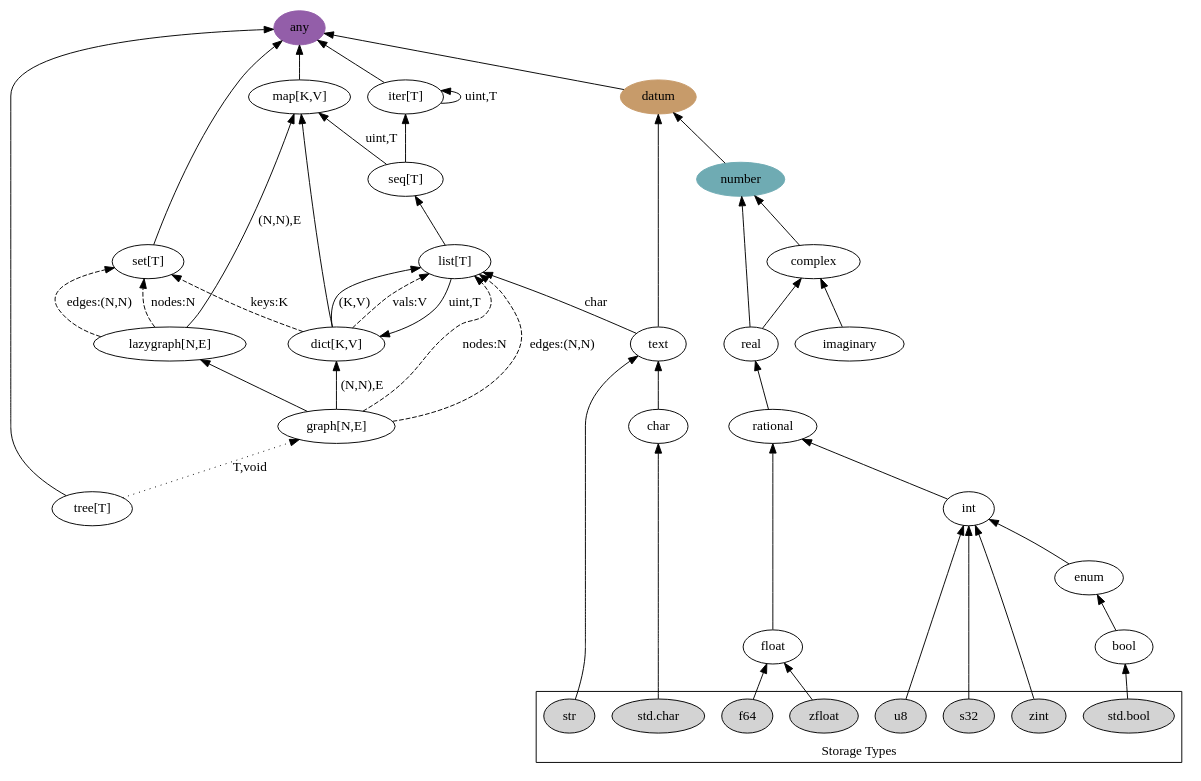
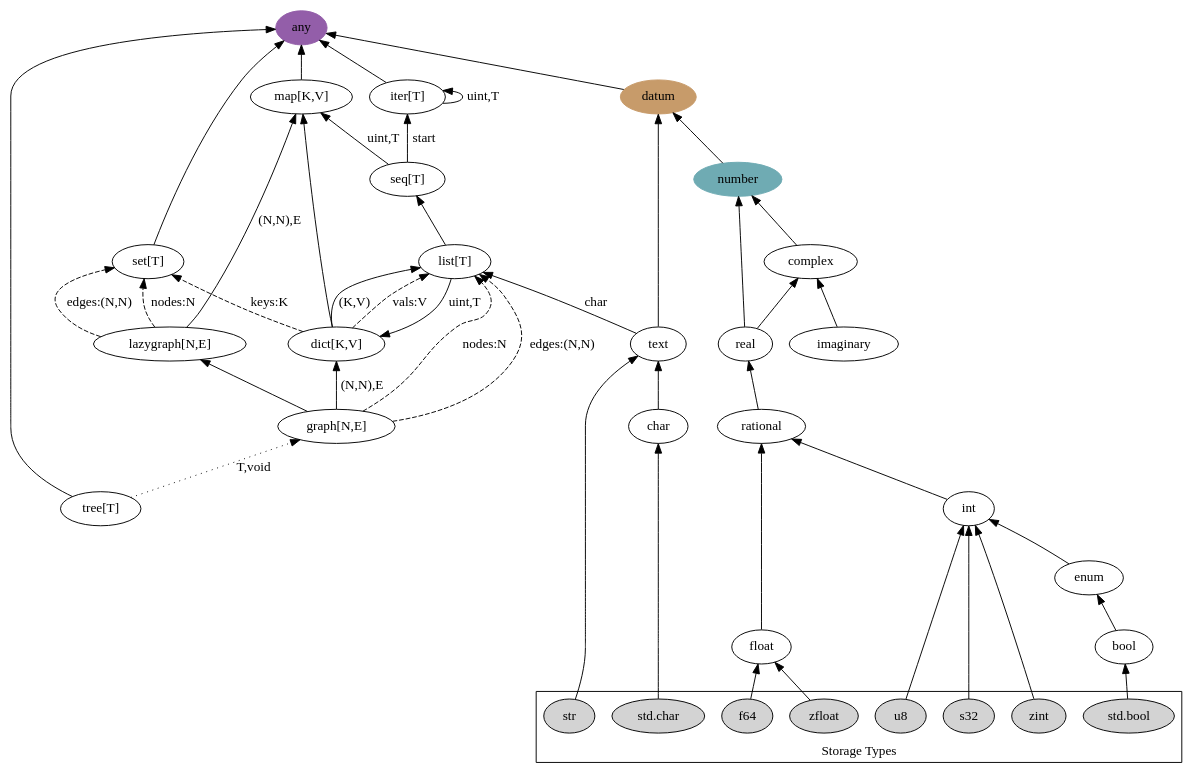
The diagram in files/src/K0001/types_all.dot (gcrois/gcrois.github.io), drawn with Graphviz before and after one commit. The commit also changed 7 other files, not shown here.

```diff
--- a/files/src/K0001/types_all.dot
+++ b/files/src/K0001/types_all.dot
@@ -1,107 +1,107 @@
 digraph {
     #layout="fdp";
     rankdir="BT";
     #concentrate=true;
 
     ## NODES ##
 
     any [color="#935EA9",style="filled"];
     set [label="set[T]"];
     map [label="map[K,V]"];
     iter [label="iter[T]"];
     seq [label="seq[T]"];
     list [label="list[T]"];
     dict [label="dict[K,V]"];
     lazygraph [label="lazygraph[N,E]"];
     graph_ [label="graph[N,E]"];
     tree [label="tree[T]"];
 
     datum [color="#C79B6A", style="filled"];
     number [color="#6FABB3", style="filled"];
 
 
     ## EDGES ##
 
     set -> any;
 
     map -> any;
 
     iter -> any;
     iter -> iter [label="uint,T"];
 
     seq -> map [label="uint,T"];
-    seq -> iter;
+    seq -> iter [label="start"];
 
     list -> seq;
     list -> dict [label="uint,T"];
 
     dict -> map;
     dict -> list [label="(K,V)"];
     dict -> list [style="dashed",label="vals:V"];
     dict -> set [style="dashed",label="keys:K"];
 
     lazygraph -> map [label="(N,N),E"];
     lazygraph -> set [style="dashed",label="nodes:N"];
     lazygraph -> set [style="dashed",label="edges:(N,N)"];
 
     graph_ -> lazygraph;
     graph_ -> dict [label="(N,N),E"];
     graph_ -> list [style="dashed",label="nodes:N"];
     graph_ -> list [style="dashed",label="edges:(N,N)"];
 
     tree -> any;
     tree -> graph_ [style="dotted",label="T,void"];
     #tree -> iter [style="dashed",label="dfs\nbfs"];
 
 
     datum -> any;
 
     number -> datum;
 
     complex -> number;
 
     real -> complex, number;
 
     imaginary -> complex;
 
     rational -> real;
 
     int -> rational;
 
     float -> rational;
 
     enum -> int;
 
     bool -> enum;
 
     text -> datum;
     text -> list [label="char"];
     
     char -> text;
     
 
     ## TYPES
 
     subgraph cluster_1 {
         label="Storage Types";
 
         f64, zfloat [style="filled"];
         _char [label="std.char", style="filled"];
         _bool [label="std.bool", style="filled"];
         u8, s32, zint [style="filled"];
         str [style="filled"];
 
     }
 
     str -> text;
     zint -> int;
     s32 -> int;
     u8 -> int;
     f64 -> float;
     zfloat -> float;
     _bool -> bool;
     _char -> char;
 
 
 
 }
```
